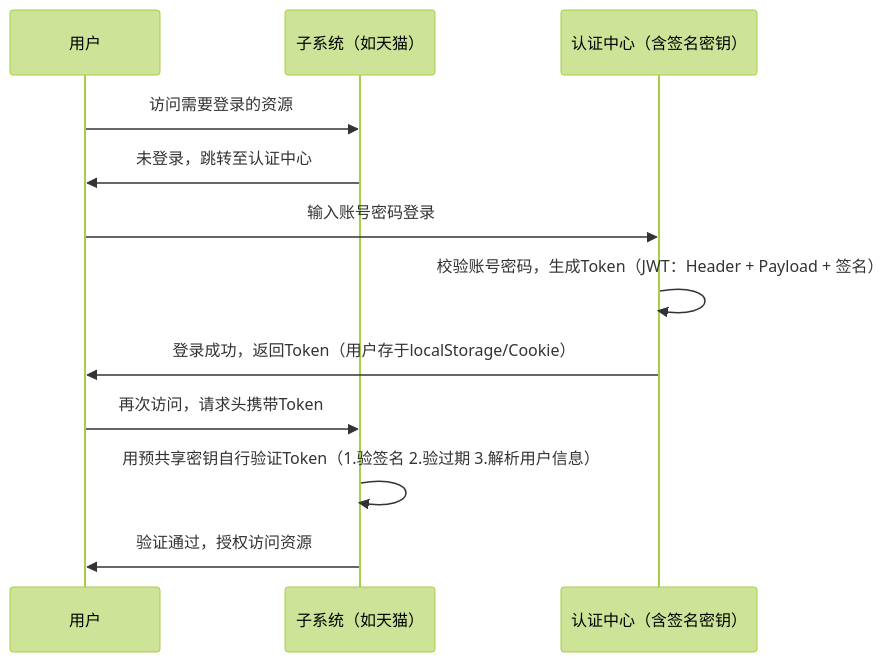
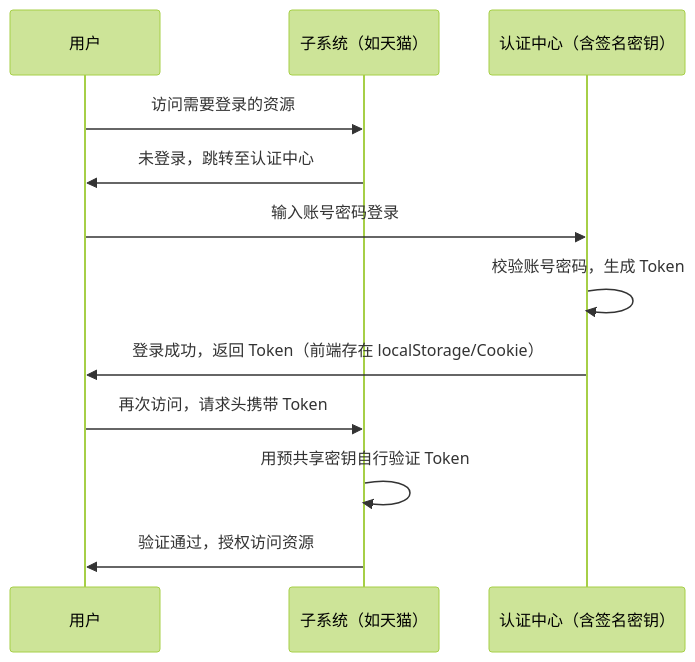
One commit to donghao-doc/donghao-doc.github.io changed the third of 4 diagrams in docs/solution/single-sign-on.md. Above: the diagram before and after it, drawn with Mermaid (forest theme). The commit also changed other lines of this file, not shown here.

````diff
--- a/docs/solution/single-sign-on.md
+++ b/docs/solution/single-sign-on.md
@@ -58,15 +57,15 @@
 ```mermaid
 sequenceDiagram
     participant User as 用户
     participant SubTmall as 子系统（如天猫）
     participant Auth as 认证中心（含签名密钥）
 
     User->>SubTmall: 访问需要登录的资源
     SubTmall->>User: 未登录，跳转至认证中心
     User->>Auth: 输入账号密码登录
-    Auth->>Auth: 校验账号密码，生成Token（JWT：Header + Payload + 签名）
-    Auth->>User: 登录成功，返回Token（用户存于localStorage/Cookie）
-    User->>SubTmall: 再次访问，请求头携带Token
-    SubTmall->>SubTmall: 用预共享密钥自行验证Token（1.验签名 2.验过期 3.解析用户信息）
+    Auth->>Auth: 校验账号密码，生成 Token
+    Auth->>User: 登录成功，返回 Token（前端存在 localStorage/Cookie）
+    User->>SubTmall: 再次访问，请求头携带 Token
+    SubTmall->>SubTmall: 用预共享密钥自行验证 Token
     SubTmall->>User: 验证通过，授权访问资源
 ```
````
